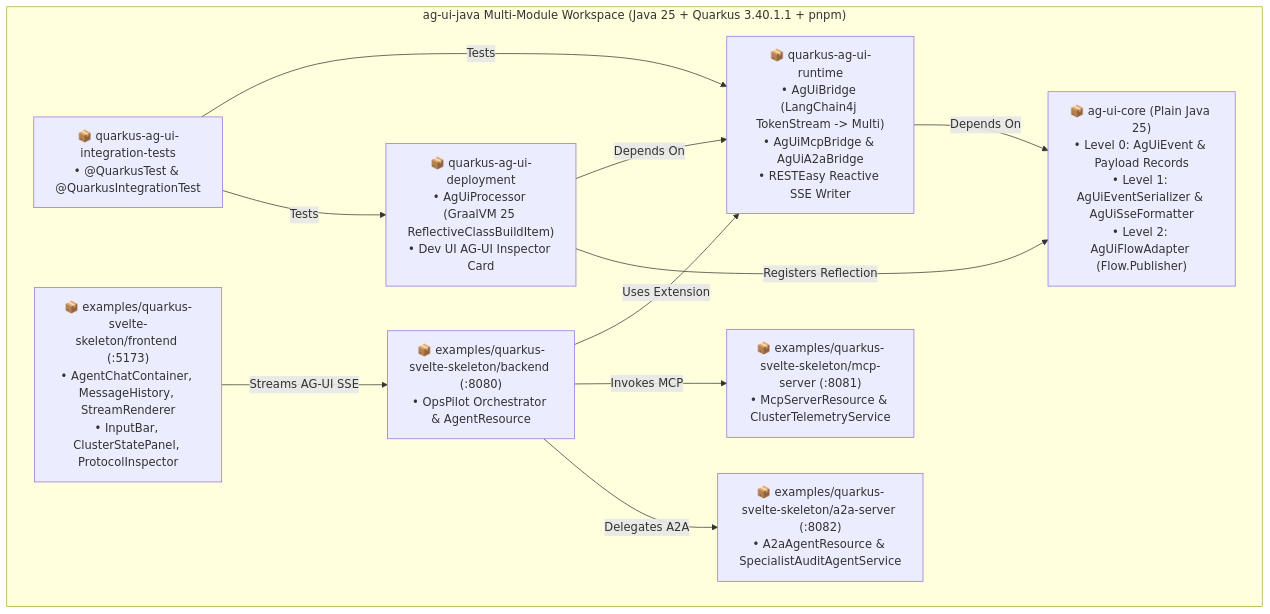
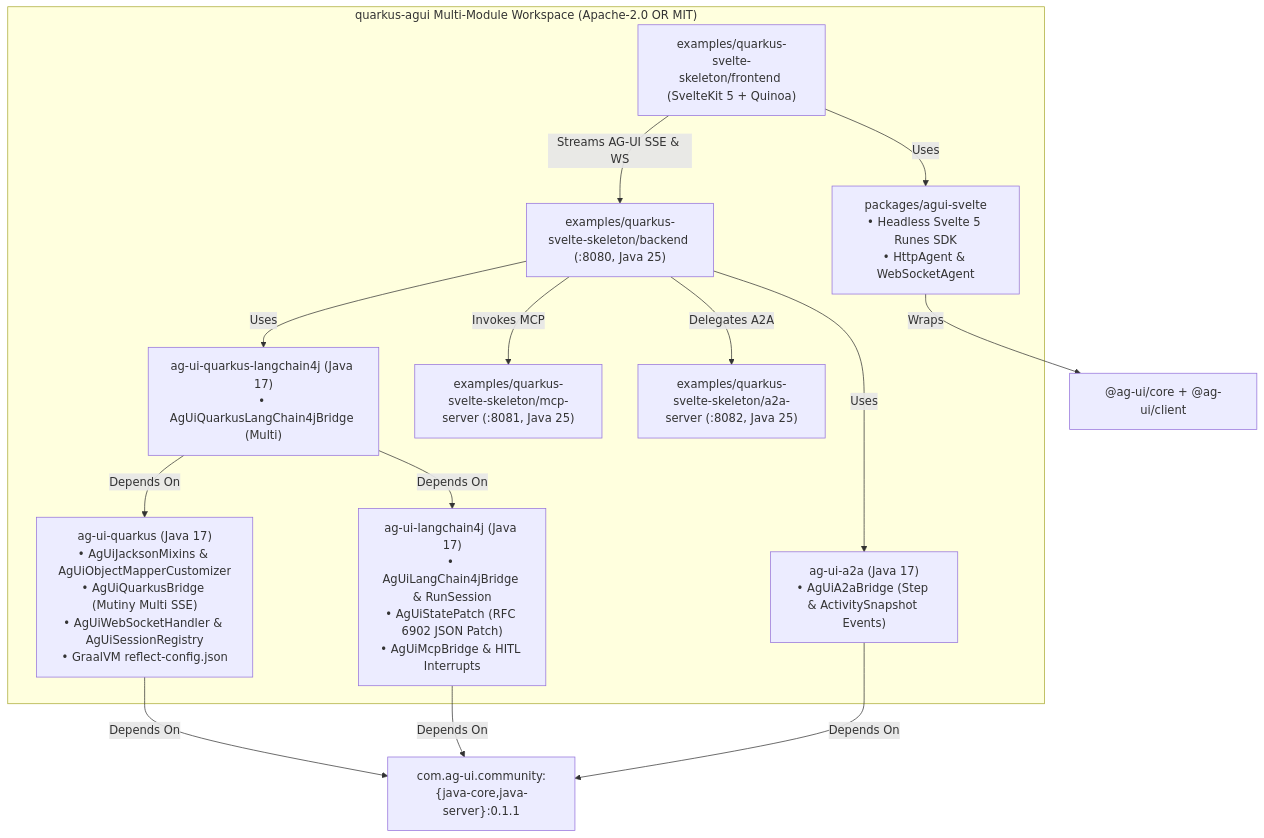
Before and after one commit to fmatar/quarkus-agui: the second of 3 diagrams in docs/specs/C4_ARCHITECTURE.md, drawn with Mermaid. The commit also changed other lines of this file and 54 other files, not shown here.

````diff
--- a/docs/specs/C4_ARCHITECTURE.md
+++ b/docs/specs/C4_ARCHITECTURE.md
@@ -21,23 +21,30 @@
 ```mermaid
 flowchart TD
-    subgraph Repo["ag-ui-java Multi-Module Workspace (Java 25 + Quarkus 3.40.1.1 + pnpm)"]
-        Core["📦 ag-ui-core (Plain Java 25)\n• Level 0: AgUiEvent<T> & Payload Records\n• Level 1: AgUiEventSerializer & AgUiSseFormatter\n• Level 2: AgUiFlowAdapter (Flow.Publisher)"]
-        Runtime["📦 quarkus-ag-ui-runtime\n• AgUiBridge (LangChain4j TokenStream -> Multi<AgUiEvent>)\n• AgUiMcpBridge & AgUiA2aBridge\n• RESTEasy Reactive SSE Writer"]
-        Deployment["📦 quarkus-ag-ui-deployment\n• AgUiProcessor (GraalVM 25 ReflectiveClassBuildItem)\n• Dev UI AG-UI Inspector Card"]
-        IT["📦 quarkus-ag-ui-integration-tests\n• @QuarkusTest & @QuarkusIntegrationTest"]
-        ExMcp["📦 examples/quarkus-svelte-skeleton/mcp-server (:8081)\n• McpServerResource & ClusterTelemetryService"]
-        ExA2a["📦 examples/quarkus-svelte-skeleton/a2a-server (:8082)\n• A2aAgentResource & SpecialistAuditAgentService"]
-        ExBackend["📦 examples/quarkus-svelte-skeleton/backend (:8080)\n• OpsPilot Orchestrator & AgentResource"]
-        ExFrontend["📦 examples/quarkus-svelte-skeleton/frontend (:5173)\n• AgentChatContainer, MessageHistory, StreamRenderer\n• InputBar, ClusterStatePanel, ProtocolInspector"]
+    UpstreamJava["com.ag-ui.community:{java-core,java-server}:0.1.1"]
+    UpstreamJs["@ag-ui/core + @ag-ui/client"]
+
+    subgraph Repo["quarkus-agui Multi-Module Workspace (Apache-2.0 OR MIT)"]
+        QuarkusMod["ag-ui-quarkus (Java 17)\n• AgUiJacksonMixins & AgUiObjectMapperCustomizer\n• AgUiQuarkusBridge (Mutiny Multi SSE)\n• AgUiWebSocketHandler & AgUiSessionRegistry\n• GraalVM reflect-config.json"]
+        Lc4jMod["ag-ui-langchain4j (Java 17)\n• AgUiLangChain4jBridge & RunSession\n• AgUiStatePatch (RFC 6902 JSON Patch)\n• AgUiMcpBridge & HITL Interrupts"]
+        QLc4jMod["ag-ui-quarkus-langchain4j (Java 17)\n• AgUiQuarkusLangChain4jBridge (Multi<ChatEvent>)"]
+        A2aMod["ag-ui-a2a (Java 17)\n• AgUiA2aBridge (Step & ActivitySnapshot Events)"]
+        SveltePkg["packages/agui-svelte\n• Headless Svelte 5 Runes SDK\n• HttpAgent & WebSocketAgent"]
+        ExMcp["examples/quarkus-svelte-skeleton/mcp-server (:8081, Java 25)"]
+        ExA2a["examples/quarkus-svelte-skeleton/a2a-server (:8082, Java 25)"]
+        ExBackend["examples/quarkus-svelte-skeleton/backend (:8080, Java 25)"]
+        ExFrontend["examples/quarkus-svelte-skeleton/frontend (SvelteKit 5 + Quinoa)"]
     end
 
-    Runtime -->|"Depends On"| Core
-    Deployment -->|"Depends On"| Runtime
-    Deployment -->|"Registers Reflection"| Core
-    IT -->|"Tests"| Runtime
-    IT -->|"Tests"| Deployment
-    ExBackend -->|"Uses Extension"| Runtime
+    QuarkusMod -->|"Depends On"| UpstreamJava
+    Lc4jMod -->|"Depends On"| UpstreamJava
+    A2aMod -->|"Depends On"| UpstreamJava
+    QLc4jMod -->|"Depends On"| QuarkusMod
+    QLc4jMod -->|"Depends On"| Lc4jMod
+    SveltePkg -->|"Wraps"| UpstreamJs
+    ExBackend -->|"Uses"| QLc4jMod
+    ExBackend -->|"Uses"| A2aMod
     ExBackend -->|"Invokes MCP"| ExMcp
     ExBackend -->|"Delegates A2A"| ExA2a
-    ExFrontend -->|"Streams AG-UI SSE"| ExBackend
+    ExFrontend -->|"Uses"| SveltePkg
+    ExFrontend -->|"Streams AG-UI SSE & WS"| ExBackend
 ```
````
